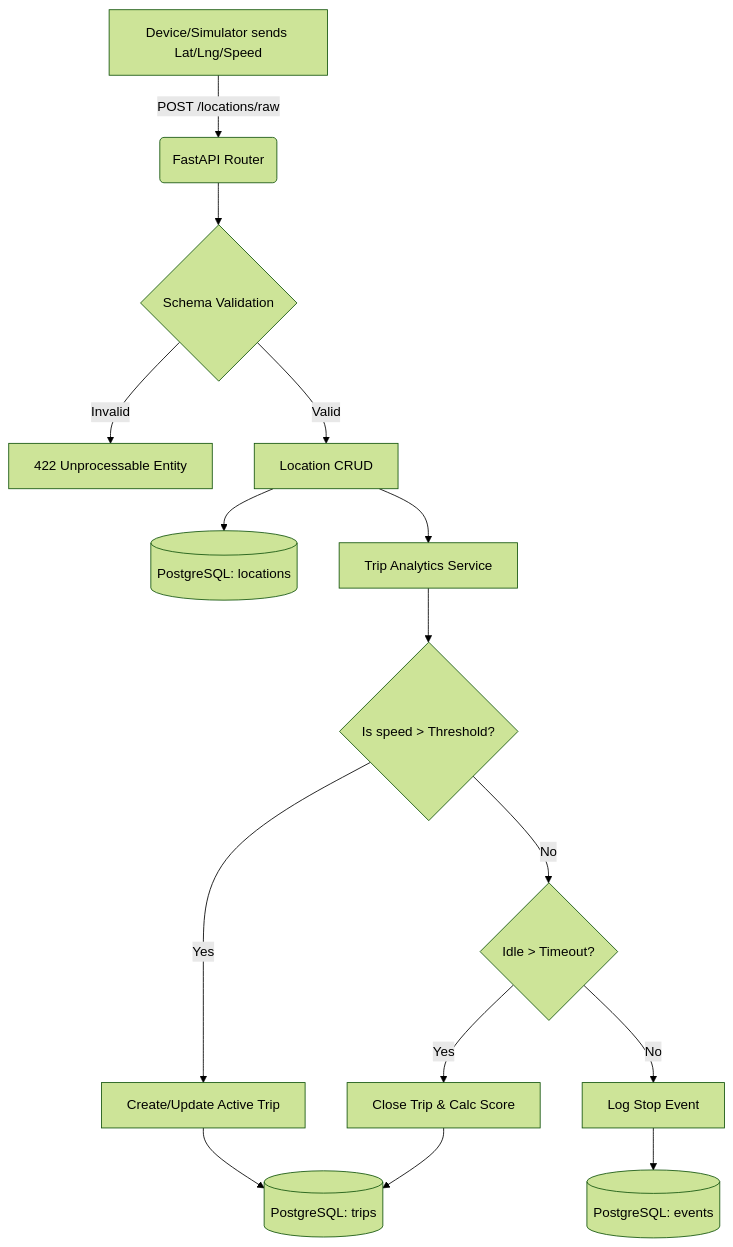
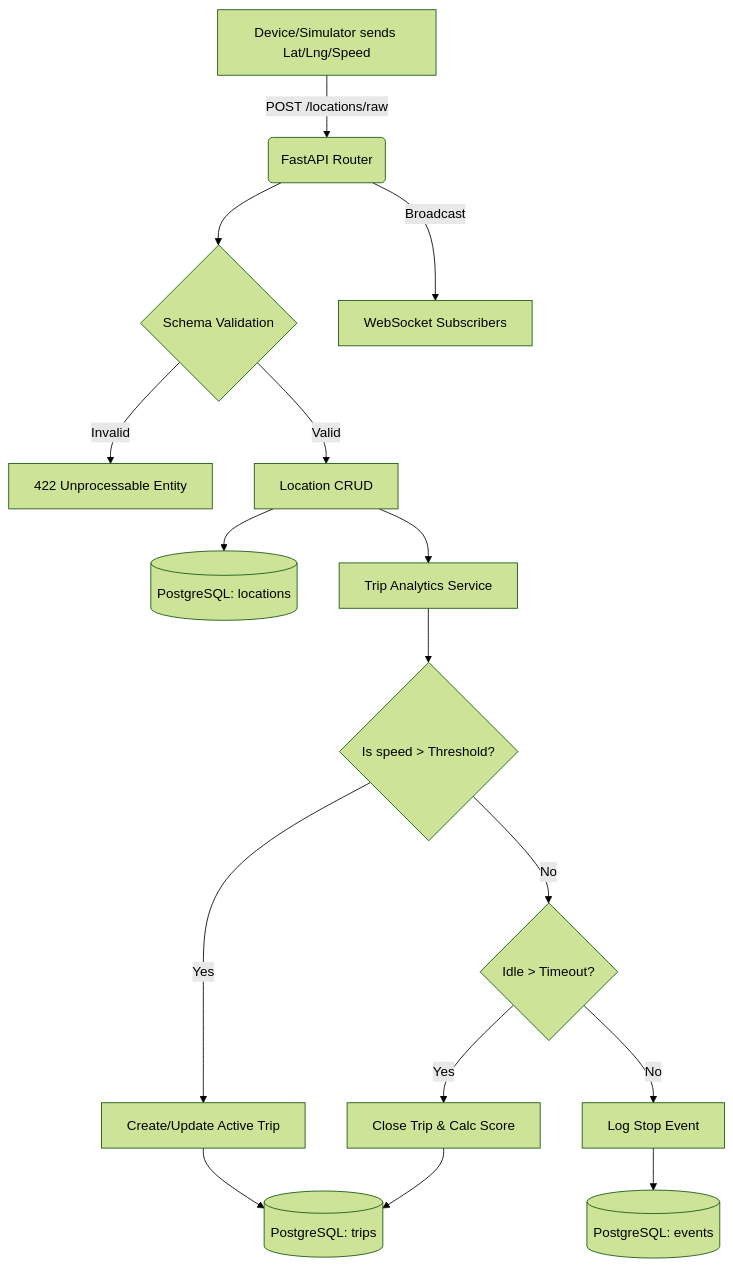
The third of 3 diagrams in docs/ARCHITECTURE.md (welogicalproject/Welogical-Vehicle-Tracking-System), drawn with Mermaid (forest theme) before and after one commit. The commit also changed other lines of this file and 8 other files, not shown here.

````diff
--- a/docs/ARCHITECTURE.md
+++ b/docs/ARCHITECTURE.md
@@ -86,19 +86,20 @@
 ```mermaid
 graph TD
     A[Device/Simulator sends Lat/Lng/Speed] -->|POST /locations/raw| B(FastAPI Router)
     B --> C{Schema Validation}
+    B -->|Broadcast| WS[WebSocket Subscribers]
     C -->|Invalid| D[422 Unprocessable Entity]
     C -->|Valid| E[Location CRUD]
     E --> F[(PostgreSQL: locations)]
     
     E --> G[Trip Analytics Service]
     G --> H{Is speed > Threshold?}
     H -->|Yes| I[Create/Update Active Trip]
     H -->|No| J{Idle > Timeout?}
     J -->|Yes| K[Close Trip & Calc Score]
     J -->|No| L[Log Stop Event]
     
     I --> M[(PostgreSQL: trips)]
     K --> M
     L --> N[(PostgreSQL: events)]
 ```
````
